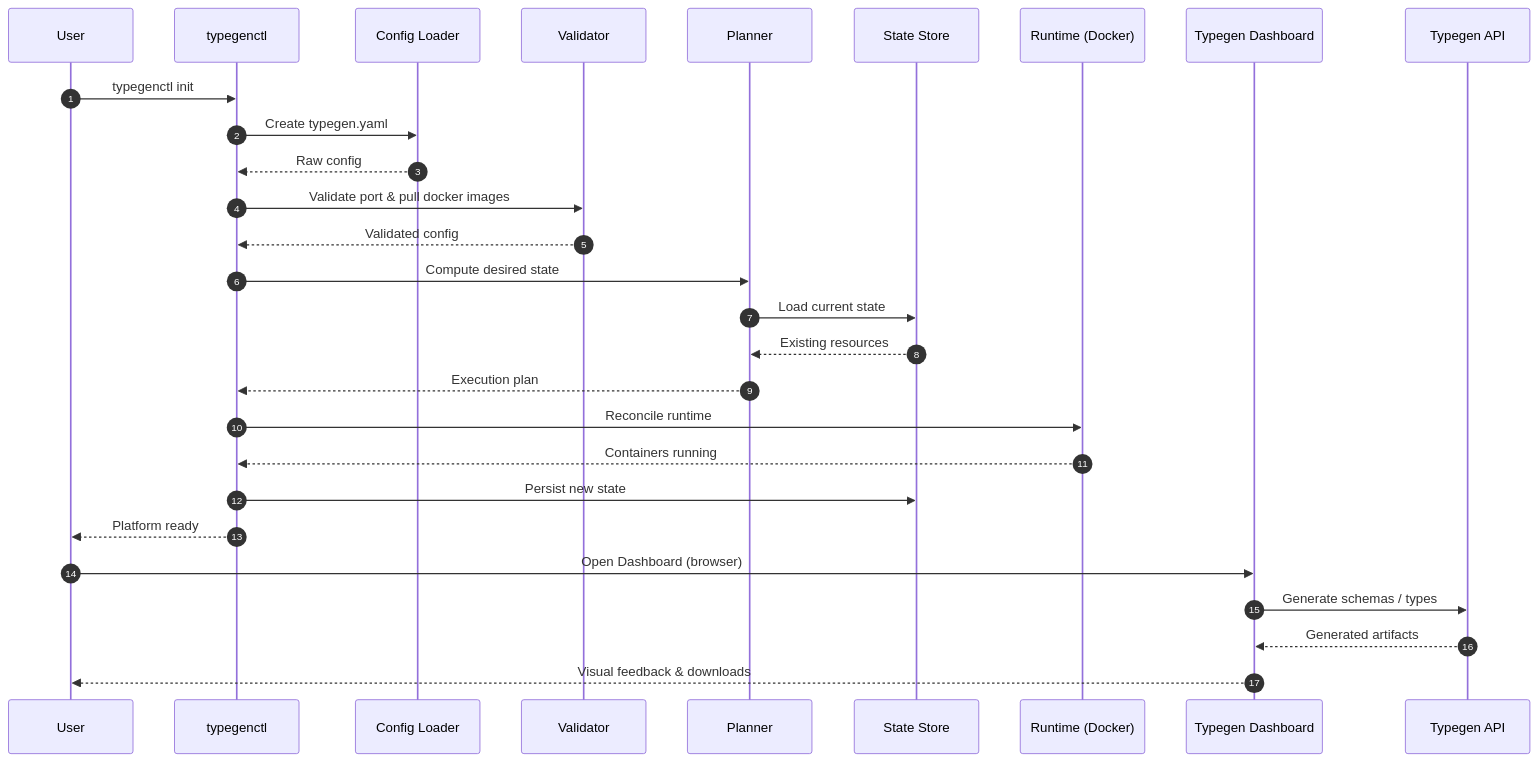
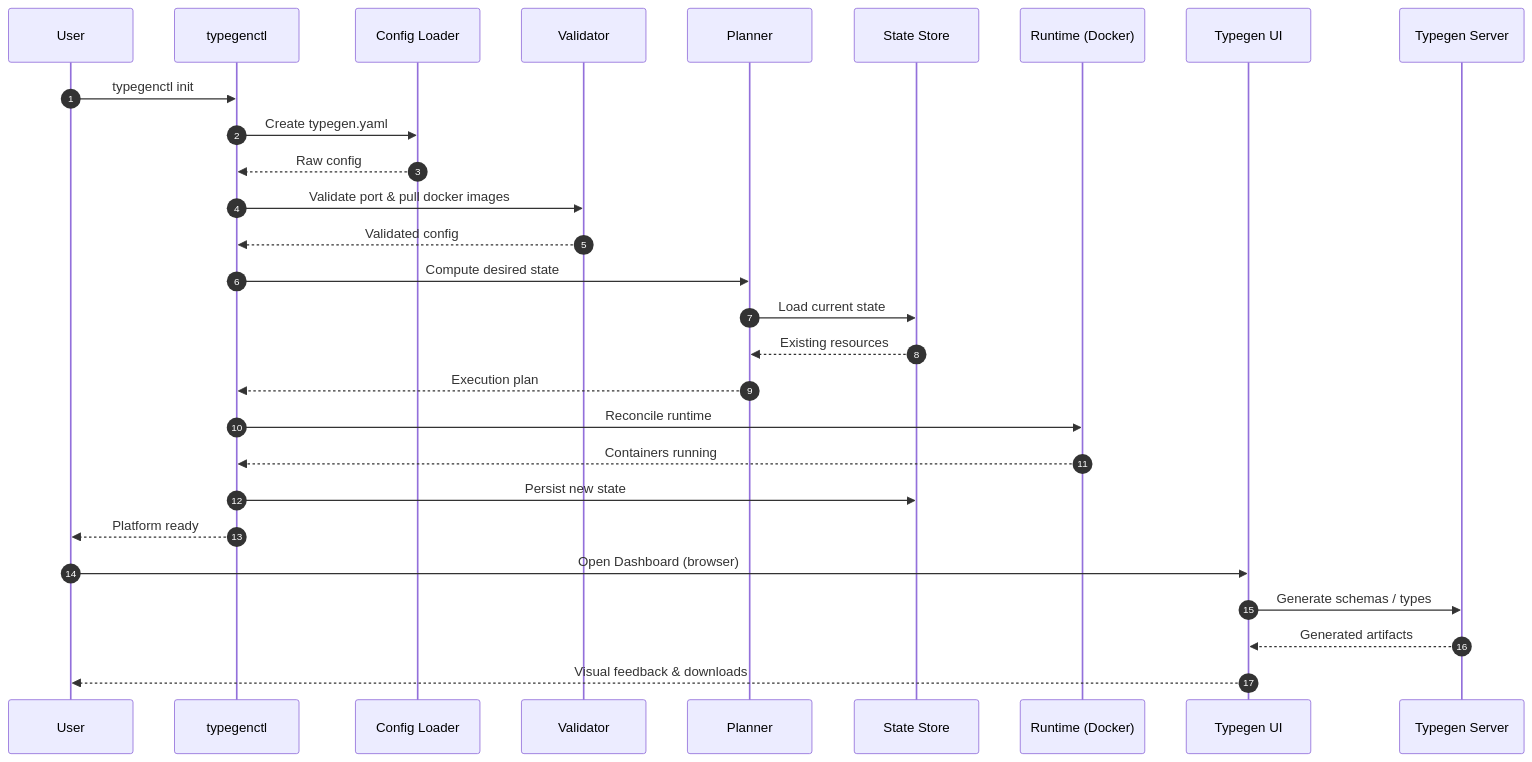
The second of 2 diagrams in typegen-cli.md (khanalsaroj/testing-repo), drawn with Mermaid before and after one commit. The commit also changed other lines of this file and 1 other file, not shown here.

Commit message:
Standardize naming conventions for "Typegen" components in CLI documentation.

````diff
--- a/typegen-cli.md
+++ b/typegen-cli.md
@@ -109,34 +109,34 @@
 ```mermaid
 sequenceDiagram
     autonumber
 %% Actors
     participant U as User
     participant CLI as typegenctl
     participant CFG as Config Loader
     participant VAL as Validator
     participant PLAN as Planner
     participant STATE as State Store
     participant RT as Runtime (Docker)
-    participant UI as Typegen Dashboard
-    participant API as Typegen API
+    participant UI as Typegen UI
+    participant API as Typegen Server
 %% Bootstrap Phase (Control Plane)
     U ->> CLI: typegenctl init
     CLI ->> CFG: Create typegen.yaml
     CFG -->> CLI: Raw config
     CLI ->> VAL: Validate port & pull docker images
     VAL -->> CLI: Validated config
     CLI ->> PLAN: Compute desired state
     PLAN ->> STATE: Load current state
     STATE -->> PLAN: Existing resources
     PLAN -->> CLI: Execution plan
     CLI ->> RT: Reconcile runtime
     RT -->> CLI: Containers running
     CLI ->> STATE: Persist new state
     CLI -->> U: Platform ready
 %% Runtime Usage Phase (Data Plane)
     U ->> UI: Open Dashboard (browser)
     UI ->> API: Generate schemas / types
     API -->> UI: Generated artifacts
     UI -->> U: Visual feedback & downloads
 
 ```
````
